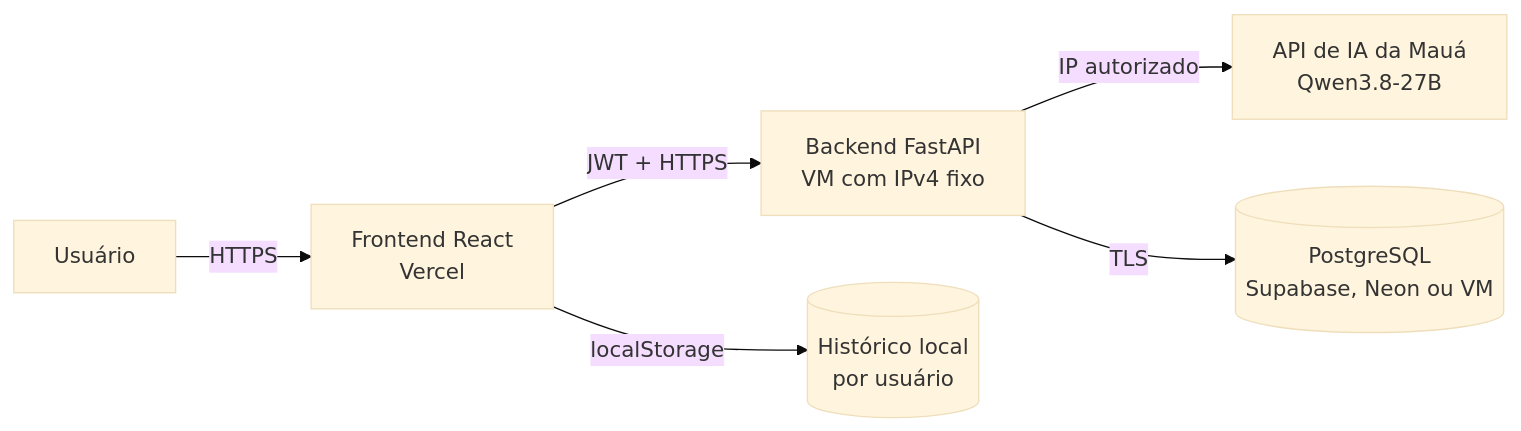
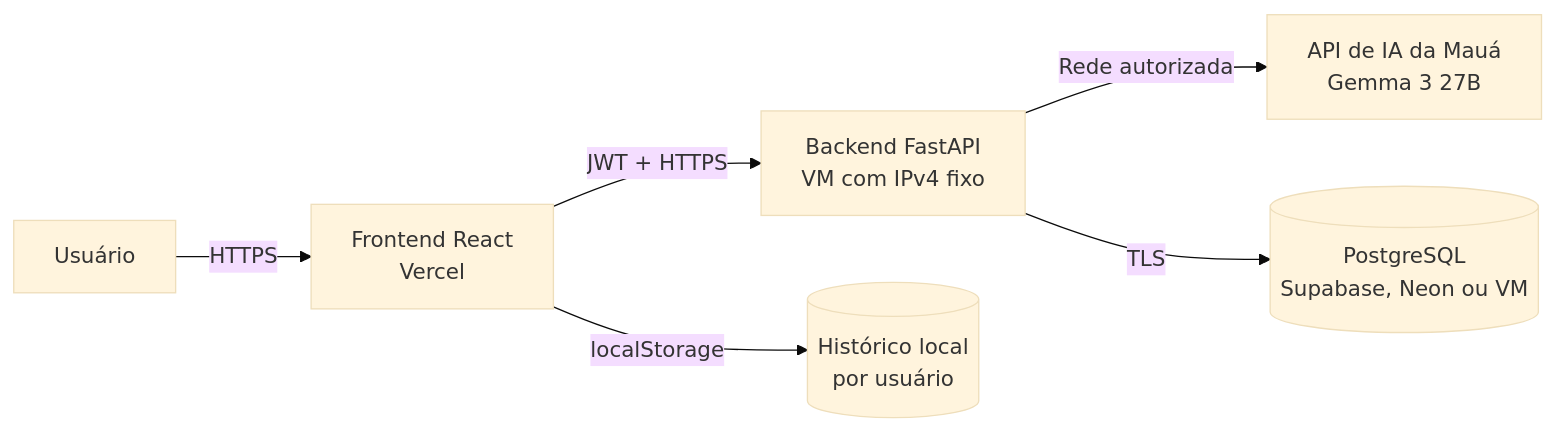
One commit to OmarFLK/MAUA_IA changed the diagram in docs/00 - Indice Maua AI.md. Above: the diagram before and after it, drawn with Mermaid (base theme). The commit also changed other lines of this file and 84 other files, not shown here.

````diff
--- a/docs/00 - Indice Maua AI.md
+++ b/docs/00 - Indice Maua AI.md
@@ -52,8 +53,8 @@
 ```mermaid
 flowchart LR
     U[Usuário] -->|HTTPS| F[Frontend React<br/>Vercel]
     F -->|JWT + HTTPS| B[Backend FastAPI<br/>VM com IPv4 fixo]
-    B -->|IP autorizado| M[API de IA da Mauá<br/>Qwen3.8-27B]
+    B -->|Rede autorizada| M[API de IA da Mauá<br/>Gemma 3 27B]
     B -->|TLS| P[(PostgreSQL<br/>Supabase, Neon ou VM)]
     F -->|localStorage| H[(Histórico local<br/>por usuário)]
 ```
````
